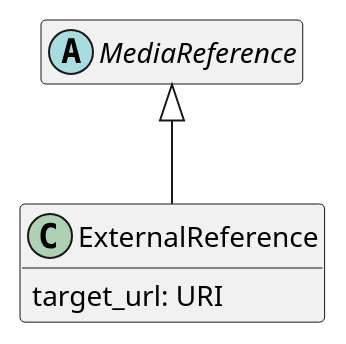
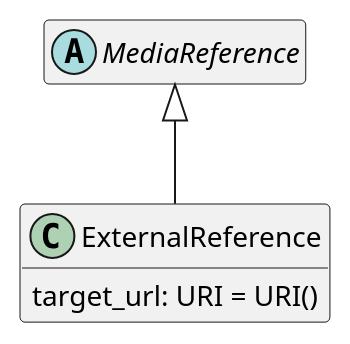
Before and after one commit to sandflow/otio-core-specification: diagram 19 of 32 in src/main/md/otio-core.md, drawn with PlantUML. The commit also changed other lines of this file and 11 other files, not shown here.

Commit message:
Updated schema per test material

````diff
--- a/src/main/md/otio-core.md
+++ b/src/main/md/otio-core.md
@@ -1217,15 +1197,15 @@
 ```puml
 @startuml
 hide empty members
 skinparam classAttributeIconSize 0
 
 abstract class MediaReference
 
 MediaReference <|-- ExternalReference
 
 class ExternalReference {
-  target_url: URI
+  target_url: URI = URI()
 }
 
 @enduml
 ```
````
